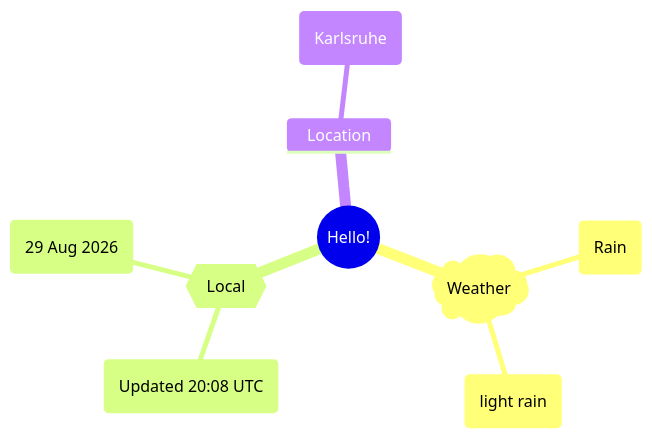
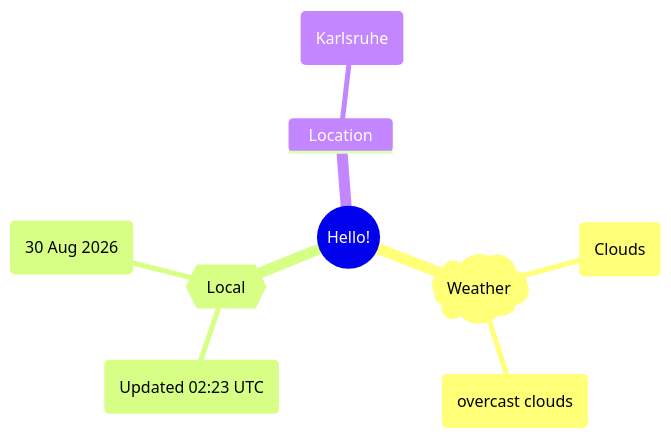
The first of 2 diagrams in README.md (Xosrov/Xosrov), drawn with Mermaid before and after one commit.

Commit message:
[bot] updated images

````diff
--- a/README.md
+++ b/README.md
@@ -3,12 +3,12 @@
 ```mermaid
 mindmap
   root((Hello!))
     )Weather(
-        (Rain)
-        (light rain)
+        (Clouds)
+        (overcast clouds)
     {{Local}}
-        (Updated 20:08 UTC)
-        (29 Aug 2026)
+        (Updated 02:23 UTC)
+        (30 Aug 2026)
     Location
         (Karlsruhe)
 ```
````
